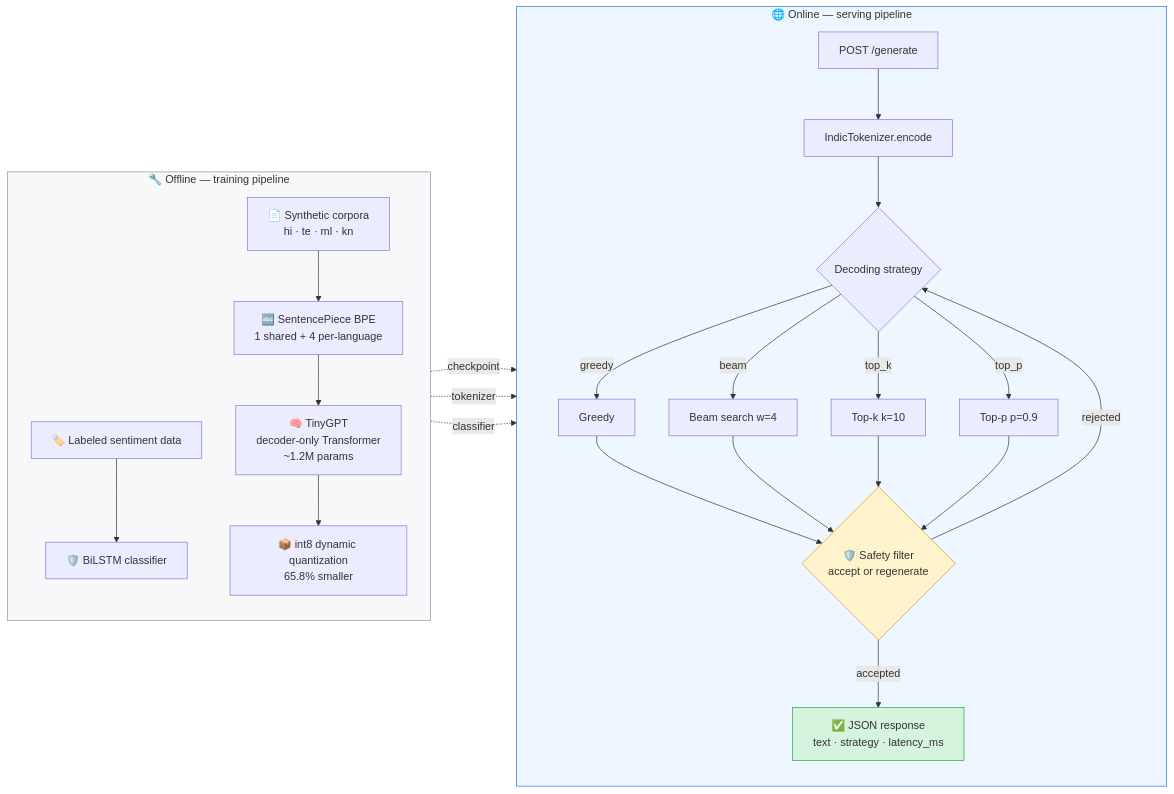
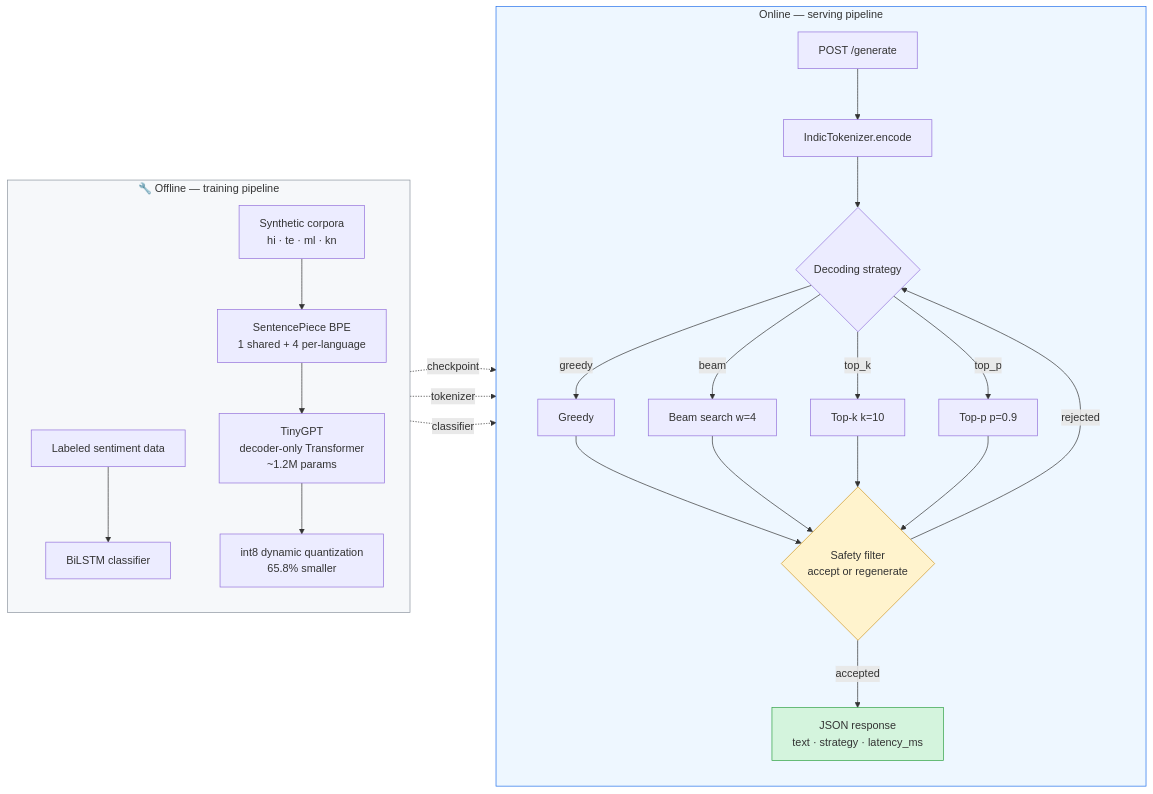
One commit to haarikaalla/indic-tokenizer-decoding changed the first of 2 diagrams in README.md. Above: the diagram before and after it, drawn with Mermaid. The commit also changed other lines of this file, not shown here.

````diff
--- a/README.md
+++ b/README.md
@@ -85,32 +85,32 @@
 ```mermaid
 flowchart LR
     subgraph OFFLINE["🔧 Offline — training pipeline"]
         direction TB
-        C["📄 Synthetic corpora<br/>hi · te · ml · kn"] --> T["🔤 SentencePiece BPE<br/>1 shared + 4 per-language"]
-        T --> M["🧠 TinyGPT<br/>decoder-only Transformer<br/>~1.2M params"]
-        C2["🏷️ Labeled sentiment data"] --> CL["🛡️ BiLSTM classifier"]
-        M --> Q["📦 int8 dynamic quantization<br/>65.8% smaller"]
+        C[" Synthetic corpora<br/>hi · te · ml · kn"] --> T[" SentencePiece BPE<br/>1 shared + 4 per-language"]
+        T --> M[" TinyGPT<br/>decoder-only Transformer<br/>~1.2M params"]
+        C2[" Labeled sentiment data"] --> CL[" BiLSTM classifier"]
+        M --> Q["int8 dynamic quantization<br/>65.8% smaller"]
     end
 
-    subgraph ONLINE["🌐 Online — serving pipeline"]
+    subgraph ONLINE[" Online — serving pipeline"]
         direction TB
         REQ["POST /generate"] --> TOK["IndicTokenizer.encode"]
         TOK --> DEC{"Decoding strategy"}
         DEC -->|greedy| G["Greedy"]
         DEC -->|beam| B["Beam search w=4"]
         DEC -->|top_k| K["Top-k k=10"]
         DEC -->|top_p| P["Top-p p=0.9"]
-        G & B & K & P --> SF{"🛡️ Safety filter<br/>accept or regenerate"}
-        SF -->|accepted| OUT["✅ JSON response<br/>text · strategy · latency_ms"]
+        G & B & K & P --> SF{" Safety filter<br/>accept or regenerate"}
+        SF -->|accepted| OUT["JSON response<br/>text · strategy · latency_ms"]
         SF -->|rejected| DEC
     end
 
     M -.->|checkpoint| DEC
     T -.->|tokenizer| TOK
     CL -.->|classifier| SF
 
     style OFFLINE fill:#f6f8fa,stroke:#8b949e
     style ONLINE fill:#eef7ff,stroke:#1f6feb
     style OUT fill:#d4f4dd,stroke:#2ea043
     style SF fill:#fff3cd,stroke:#d29922
 ```
````
